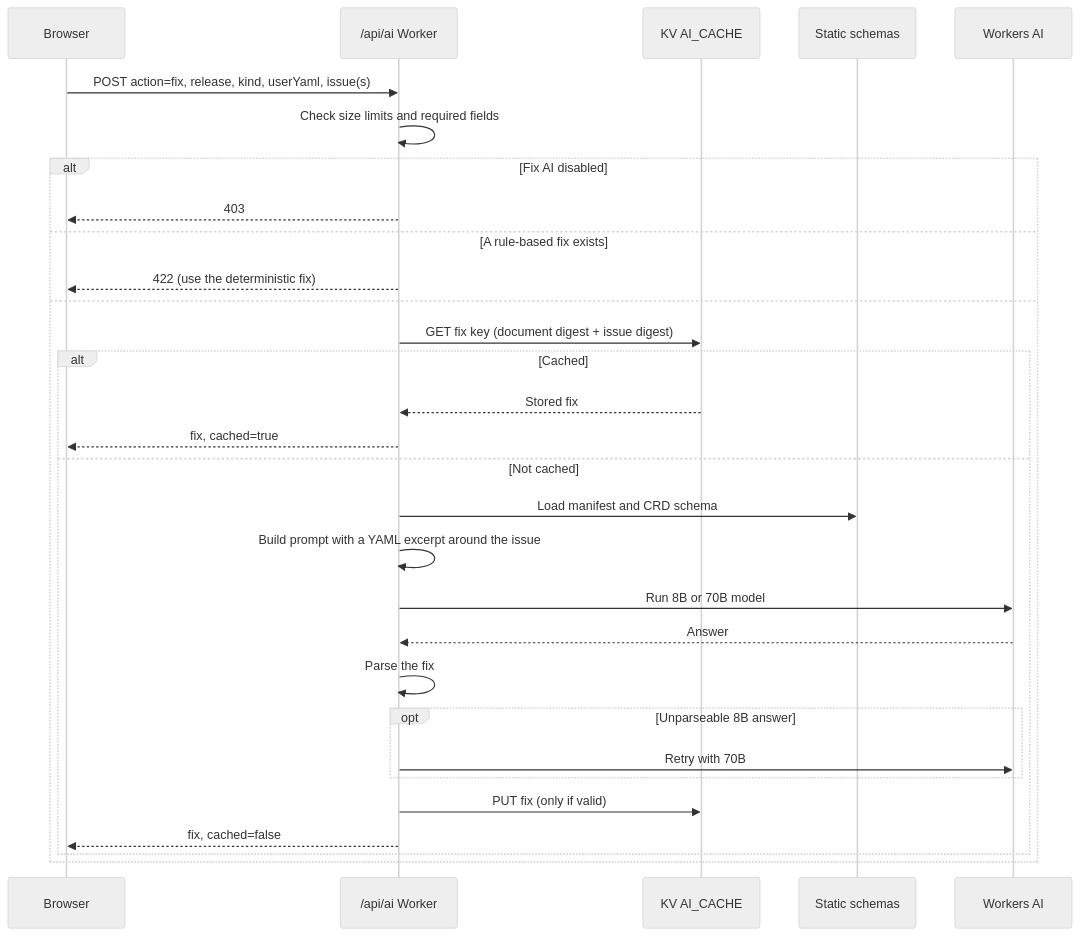
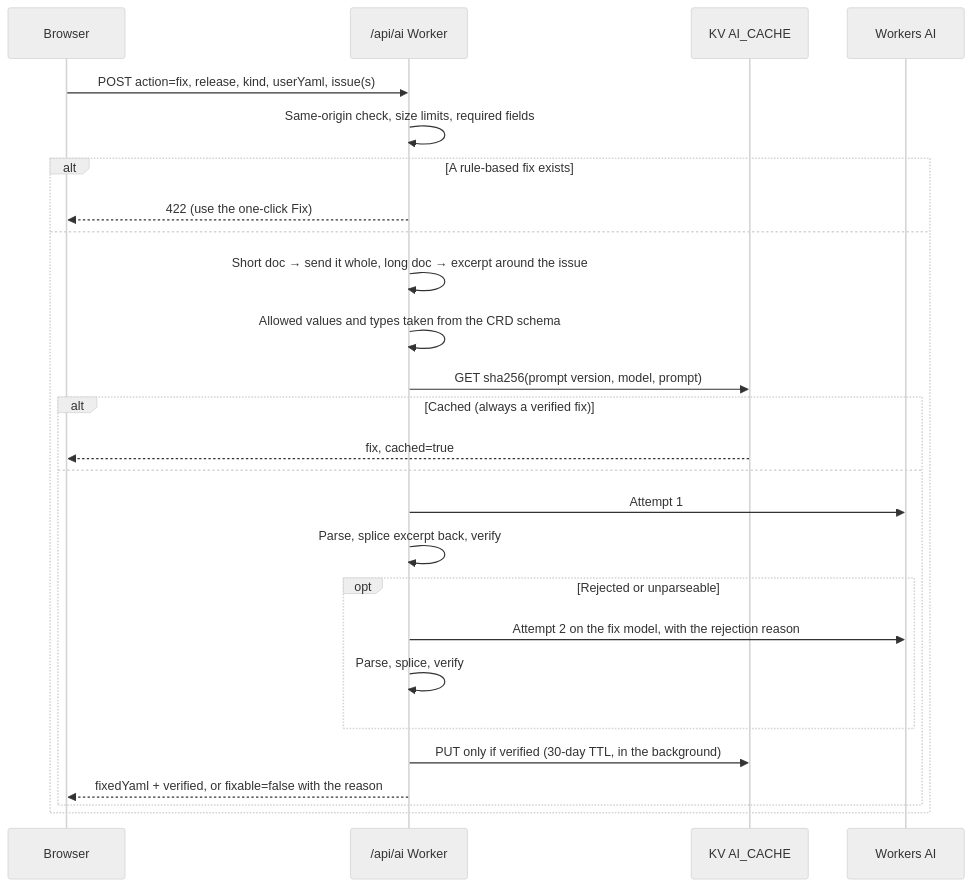
Before and after one commit to fullstopdev/resource-browser: the first of 2 diagrams in src/lib/docs/pages/ai.md, drawn with Mermaid (neutral theme). The commit also changed other lines of this file and 54 other files, not shown here.

````diff
--- a/src/lib/docs/pages/ai.md
+++ b/src/lib/docs/pages/ai.md
@@ -46,32 +40,28 @@
 ```mermaid
 sequenceDiagram
   participant B as Browser
   participant W as /api/ai Worker
   participant K as KV AI_CACHE
-  participant S as Static schemas
   participant L as Workers AI
   B->>W: POST action=fix, release, kind, userYaml, issue(s)
-  W->>W: Check size limits and required fields
-  alt Fix AI disabled
-    W-->>B: 403
-  else A rule-based fix exists
-    W-->>B: 422 (use the deterministic fix)
+  W->>W: Same-origin check, size limits, required fields
+  alt A rule-based fix exists
+    W-->>B: 422 (use the one-click Fix)
   else
-    W->>K: GET fix key (document digest + issue digest)
-    alt Cached
-      K-->>W: Stored fix
-      W-->>B: fix, cached=true
-    else Not cached
-      W->>S: Load manifest and CRD schema
-      W->>W: Build prompt with a YAML excerpt around the issue
-      W->>L: Run 8B or 70B model
-      L-->>W: Answer
-      W->>W: Parse the fix
-      opt Unparseable 8B answer
-        W->>L: Retry with 70B
+    W->>W: Short doc → send it whole, long doc → excerpt around the issue
+    W->>W: Allowed values and types taken from the CRD schema
+    W->>K: GET sha256(prompt version, model, prompt)
+    alt Cached (always a verified fix)
+      K-->>B: fix, cached=true
+    else
+      W->>L: Attempt 1
+      W->>W: Parse, splice excerpt back, verify
+      opt Rejected or unparseable
+        W->>L: Attempt 2 on the fix model, with the rejection reason
+        W->>W: Parse, splice, verify
       end
-      W->>K: PUT fix (only if valid)
-      W-->>B: fix, cached=false
+      W->>K: PUT only if verified (30-day TTL, in the background)
+      W-->>B: fixedYaml + verified, or fixable=false with the reason
     end
   end
 ```
````
